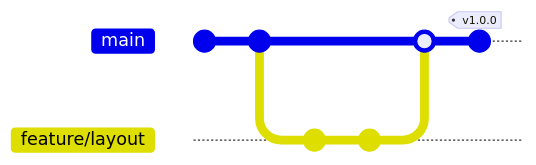
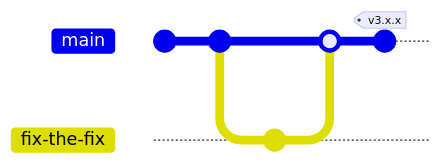
One commit to nullean/mermaider changed the sixth of 26 diagrams in tests/Mermaider.Tests/Fixtures/mermaid.md. Above: the diagram before and after it, drawn with Mermaid. The commit also changed other lines of this file, not shown here. Commit ids are hidden.

Commit message:
Reword mermaid.md fixture prose for Mermaider; keep all diagram content intact

````diff
--- a/tests/Mermaider.Tests/Fixtures/mermaid.md
+++ b/tests/Mermaider.Tests/Fixtures/mermaid.md
@@ -86,11 +99,10 @@
 ```mermaid
 gitGraph
-    commit id: "init"
-    commit id: "parser"
-    branch feature/layout
-    commit id: "sugiyama"
-    commit id: "edge-routing"
+    commit
+    commit
+    branch fix-the-fix
+    commit
     checkout main
-    merge feature/layout
-    commit id: "v1.0" tag: "v1.0.0"
+    merge fix-the-fix
+    commit tag: "v3.x.x"
 ```
````
